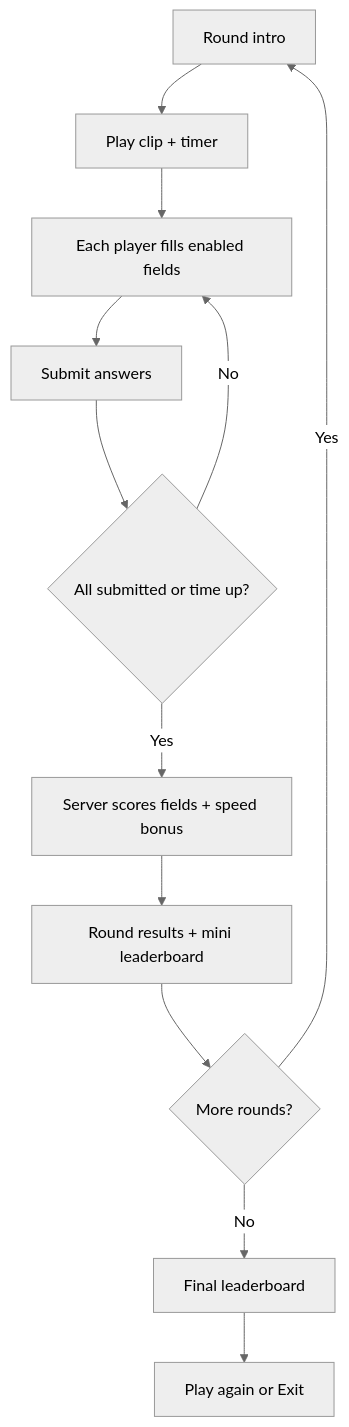
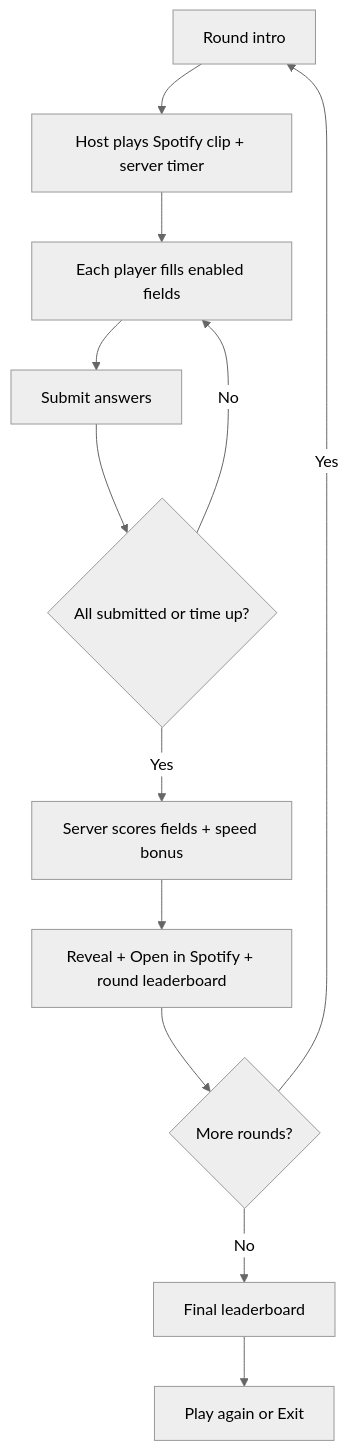
One commit to samirr2502/spot-the-song changed the fourth of 7 diagrams in docs/SCREEN_FLOW.md. Above: the diagram before and after it, drawn with Mermaid (neutral theme). The commit also changed other lines of this file and 62 other files, not shown here.

````diff
--- a/docs/SCREEN_FLOW.md
+++ b/docs/SCREEN_FLOW.md
@@ -76,14 +80,14 @@
 ```mermaid
 flowchart TD
-  A[Round intro] --> B[Play clip + timer]
+  A[Round intro] --> B[Host plays Spotify clip + server timer]
   B --> C[Each player fills enabled fields]
   C --> D[Submit answers]
   D --> E{All submitted or time up?}
   E -->|No| C
   E -->|Yes| F[Server scores fields + speed bonus]
-  F --> G[Round results + mini leaderboard]
+  F --> G[Reveal + Open in Spotify + round leaderboard]
   G --> H{More rounds?}
   H -->|Yes| A
   H -->|No| I[Final leaderboard]
   I --> J[Play again or Exit]
 ```
````
